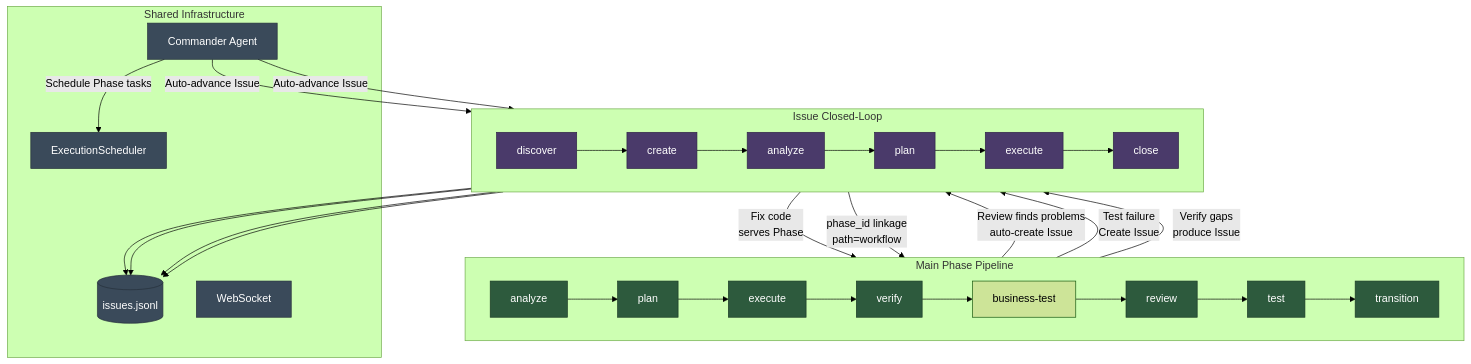
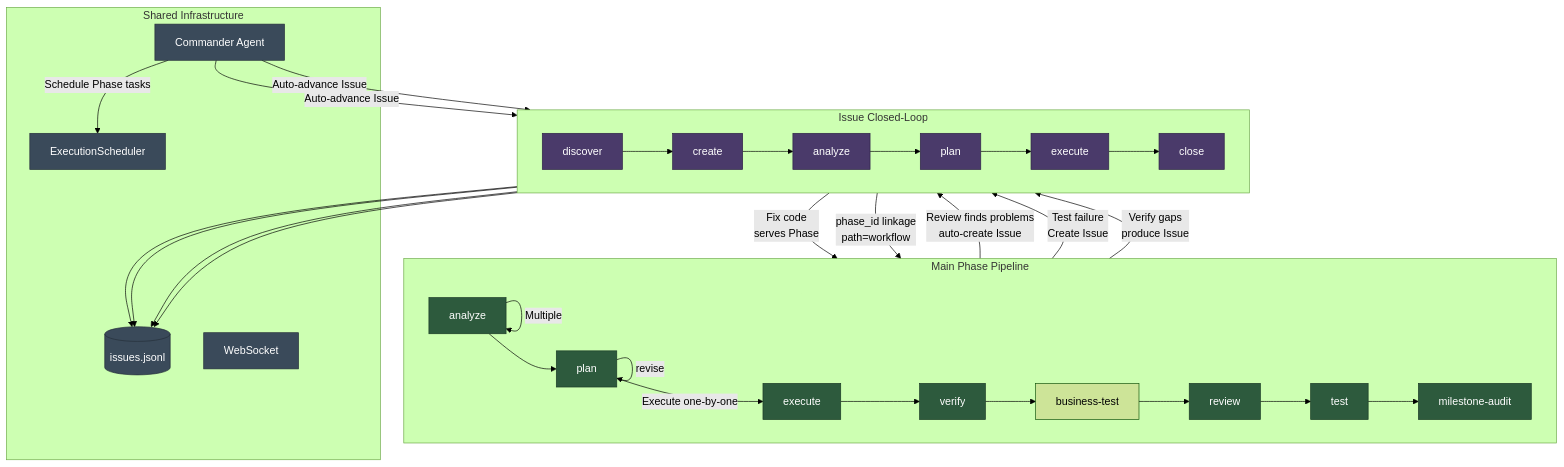
Before and after one commit to catlog22/maestro-flow: the second of 6 diagrams in guide/command-usage-guide.en.md, drawn with Mermaid (forest theme). The commit also changed other lines of this file and 11 other files, not shown here.

````diff
--- a/guide/command-usage-guide.en.md
+++ b/guide/command-usage-guide.en.md
@@ -108,49 +111,50 @@
 ```mermaid
 graph TB
     subgraph phase_pipeline["Main Phase Pipeline"]
         direction LR
-        AN["analyze"] --> PL["plan"] --> EX["execute"] --> VF["verify"]
-        VF --> QBT["business-test"] --> QR["review"] --> QT["test"] --> PT["transition"]
+        AN["analyze"] -->|"Multiple"| AN
+        AN --> PL["plan"] -->|"revise"| PL -->|"Execute one-by-one"| EX["execute"] --> VF["verify"]
+        VF --> QBT["business-test"] --> QR["review"] --> QT["test"] --> MA["milestone-audit"]
     end
 
     subgraph issue_loop["Issue Closed-Loop"]
         direction LR
         ID["discover"] --> IC["create"] --> IA["analyze"]
         IA --> IP["plan"] --> IE["execute"] --> ICL["close"]
     end
 
     subgraph shared["Shared Infrastructure"]
         JSONL[("issues.jsonl")]
         CMD["Commander Agent"]
         SCHED["ExecutionScheduler"]
         WS["WebSocket"]
     end
 
     %% Phase → Issue: Main pipeline produces Issues
     QR -->|"Review finds problems<br>auto-create Issue"| IC
     QT -->|"Test failure<br>Create Issue"| IC
     VF -->|"Verify gaps<br>produce Issue"| IC
 
     %% Issue → Phase: Issue links to Phase
     IC -->|"phase_id linkage<br>path=workflow"| phase_pipeline
     IE -->|"Fix code<br>serves Phase"| EX
 
     %% Commander drives both directions
     CMD -->|"Schedule Phase tasks"| SCHED
     CMD -->|"Auto-advance Issue"| IA
     CMD -->|"Auto-advance Issue"| IP
 
     %% Shared storage
     IC --> JSONL
     IA --> JSONL
     IP --> JSONL
     IE --> JSONL
 
     classDef phaseNode fill:#2d5a3d,color:#fff,stroke:#1a3a25
     classDef issueNode fill:#4a3a6a,color:#fff,stroke:#2d2245
     classDef sharedNode fill:#3a4a5a,color:#fff,stroke:#252f3a
 
-    class AN,PL,EX,VF,QR,QT,PT phaseNode
+    class AN,PL,EX,VF,QR,QT,MA phaseNode
     class ID,IC,IA,IP,IE,ICL issueNode
     class JSONL,CMD,SCHED,WS sharedNode
 ```
````
